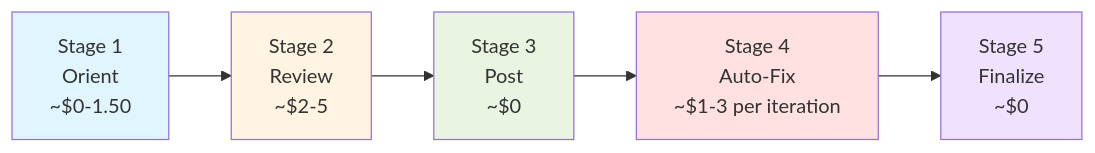
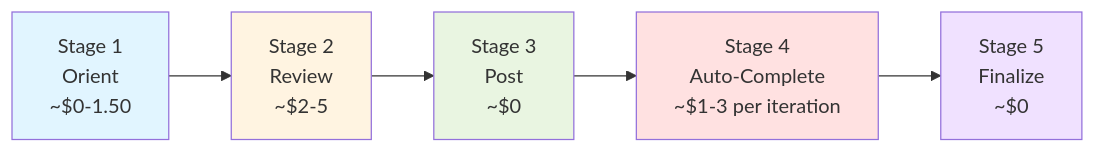
The seventh of 8 diagrams in .claude/skills/sdk-review/FLOW.md (atlanhq/application-sdk), drawn with Mermaid before and after one commit. The commit also changed other lines of this file and 3 other files, not shown here.

First line of the commit message:
docs(sdk-review): update all references to auto-complete + stop naming

````diff
--- a/.claude/skills/sdk-review/FLOW.md
+++ b/.claude/skills/sdk-review/FLOW.md
@@ -249,13 +261,13 @@
 ```mermaid
 flowchart LR
     S1[Stage 1<br/>Orient<br/>~$0-1.50] --> S2[Stage 2<br/>Review<br/>~$2-5]
     S2 --> S3[Stage 3<br/>Post<br/>~$0]
-    S3 --> S4[Stage 4<br/>Auto-Fix<br/>~$1-3 per iteration]
+    S3 --> S4[Stage 4<br/>Auto-Complete<br/>~$1-3 per iteration]
     S4 --> S5[Stage 5<br/>Finalize<br/>~$0]
 
     style S1 fill:#e1f5ff
     style S2 fill:#fff4e1
     style S3 fill:#e9f5e1
     style S4 fill:#ffe1e1
     style S5 fill:#f0e1ff
 ```
````
